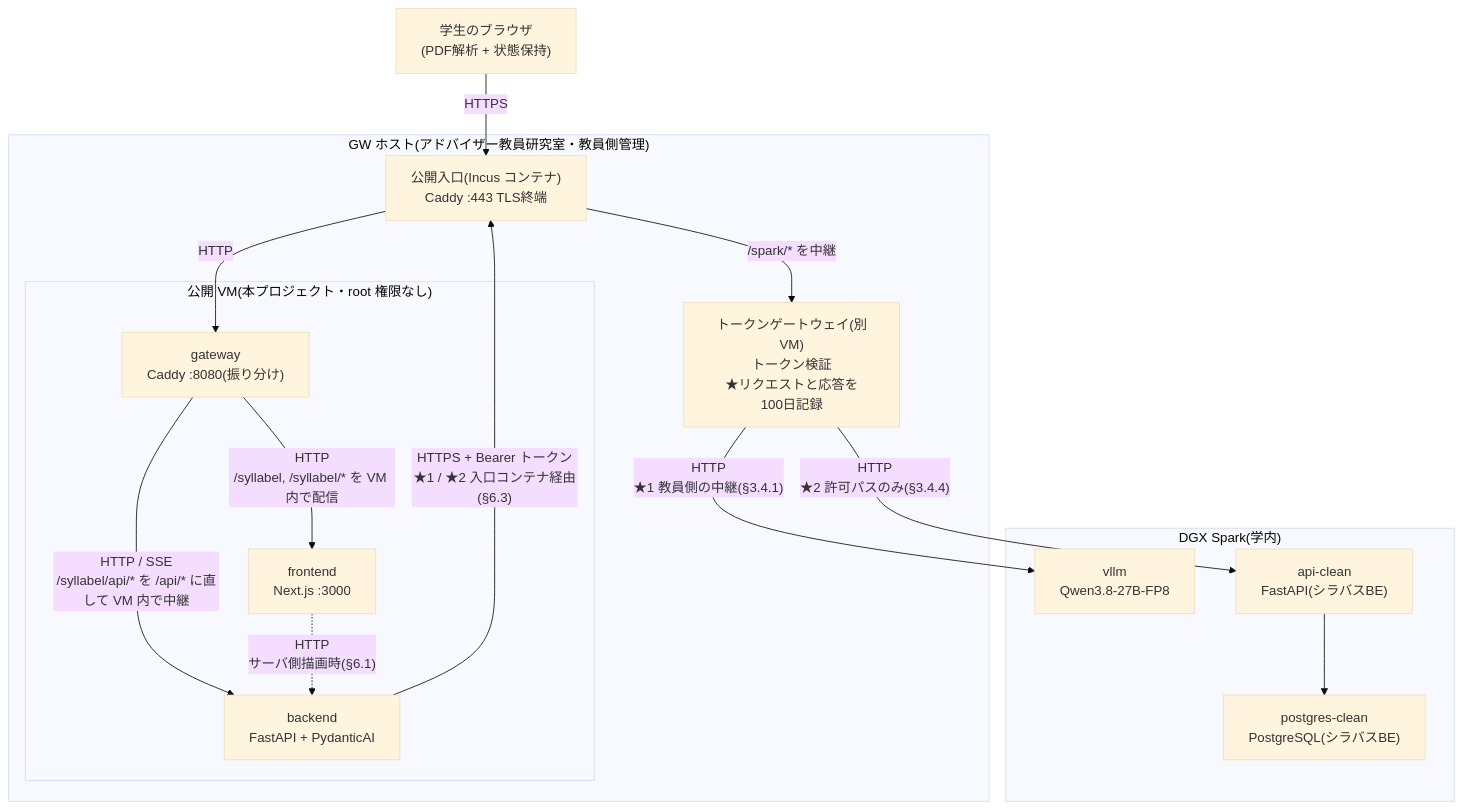
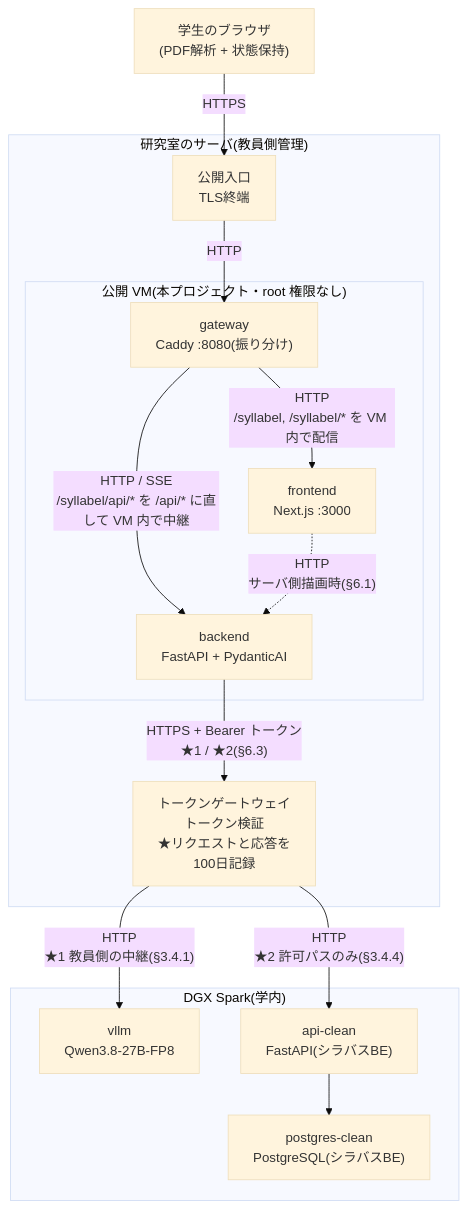
Before and after one commit to ProjectResearch2026/Syllabel: the diagram in docs/design/01-architecture.md, drawn with Mermaid (base theme). The commit also changed other lines of this file and 7 other files, not shown here.

````diff
--- a/docs/design/01-architecture.md
+++ b/docs/design/01-architecture.md
@@ -75,33 +75,32 @@
 ```mermaid
 %% エッジラベルは必ず "..." で囲む。丸括弧を裸で書くと GitHub 上で
 %% parse エラー(Unable to render rich display)になる。
 flowchart TB
     Browser["学生のブラウザ<br/>(PDF解析 + 状態保持)"]
 
-    subgraph GWH["GW ホスト(アドバイザー教員研究室・教員側管理)"]
-      Edge["公開入口(Incus コンテナ)<br/>Caddy :443 TLS終端"]
-      TokenGW["トークンゲートウェイ(別VM)<br/>トークン検証<br/>★リクエストと応答を<br/>100日記録"]
+    subgraph GWH["研究室のサーバ(教員側管理)"]
+      Edge["公開入口<br/>TLS終端"]
+      TokenGW["トークンゲートウェイ<br/>トークン検証<br/>★リクエストと応答を<br/>100日記録"]
       subgraph VM["公開 VM(本プロジェクト・root 権限なし)"]
         Gateway["gateway<br/>Caddy :8080(振り分け)"]
         Frontend["frontend<br/>Next.js :3000"]
         Backend["backend<br/>FastAPI + PydanticAI"]
       end
     end
 
     subgraph DGX["DGX Spark(学内)"]
       VLLM["vllm<br/>Qwen3.8-27B-FP8"]
       APIClean["api-clean<br/>FastAPI(シラバスBE)"]
       PG["postgres-clean<br/>PostgreSQL(シラバスBE)"]
     end
 
     Browser -->|"HTTPS"| Edge
     Edge -->|"HTTP"| Gateway
     Gateway -->|"HTTP<br/>/syllabel, /syllabel/* を VM 内で配信"| Frontend
     Gateway -->|"HTTP / SSE<br/>/syllabel/api/* を /api/* に直して VM 内で中継"| Backend
     Frontend -.->|"HTTP<br/>サーバ側描画時(§6.1)"| Backend
-    Backend -->|"HTTPS + Bearer トークン<br/>★1 / ★2 入口コンテナ経由(§6.3)"| Edge
-    Edge -->|"/spark/* を中継"| TokenGW
+    Backend -->|"HTTPS + Bearer トークン<br/>★1 / ★2(§6.3)"| TokenGW
     TokenGW -->|"HTTP<br/>★1 教員側の中継(§3.4.1)"| VLLM
     TokenGW -->|"HTTP<br/>★2 許可パスのみ(§3.4.4)"| APIClean
     APIClean --> PG
 ```
````
